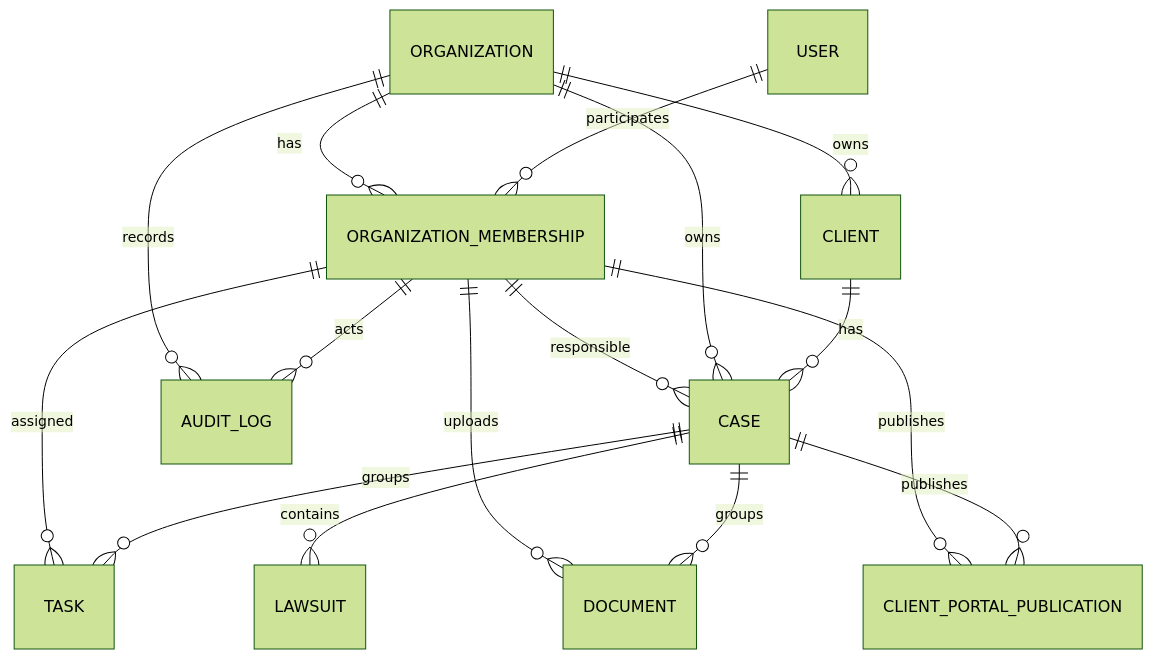
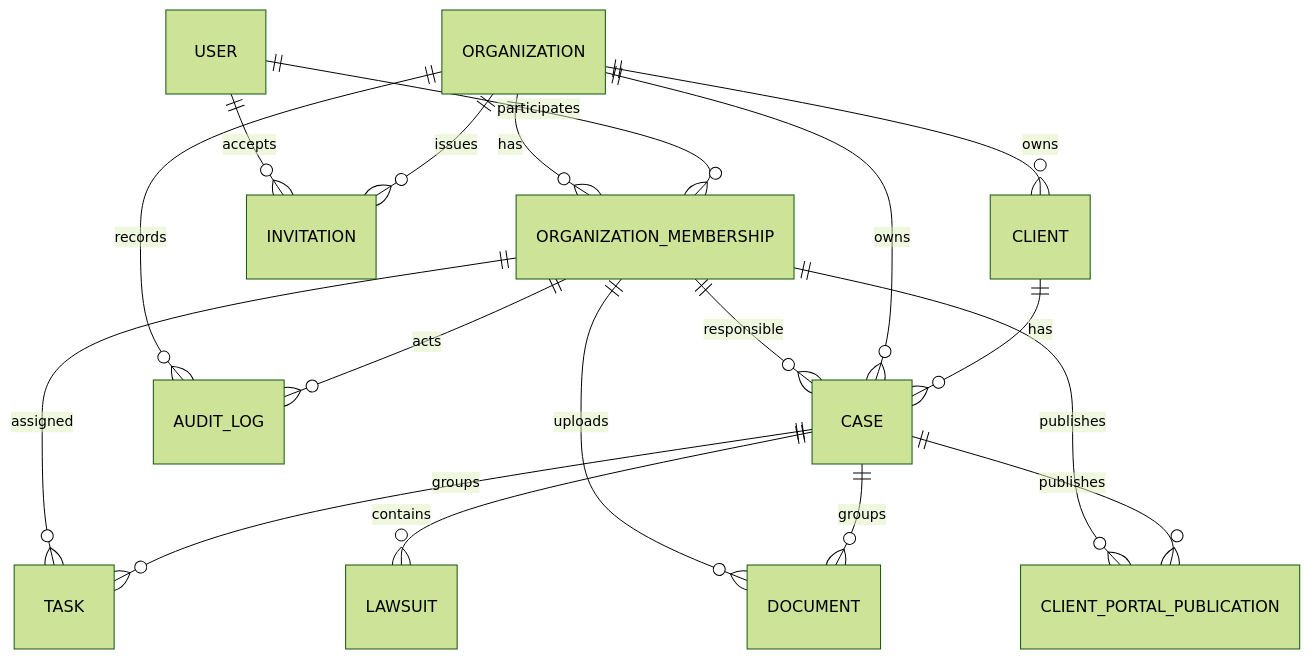
One commit to BielMar-01/saas-juridico changed the diagram in docs/tecnica/modelo-de-dados.md. Above: the diagram before and after it, drawn with Mermaid (forest theme). The commit also changed other lines of this file and 63 other files, not shown here.

````diff
--- a/docs/tecnica/modelo-de-dados.md
+++ b/docs/tecnica/modelo-de-dados.md
@@ -9,18 +9,20 @@
 ```mermaid
 erDiagram
   USER ||--o{ ORGANIZATION_MEMBERSHIP : participates
   ORGANIZATION ||--o{ ORGANIZATION_MEMBERSHIP : has
+  ORGANIZATION ||--o{ INVITATION : issues
+  USER ||--o{ INVITATION : accepts
   ORGANIZATION ||--o{ CLIENT : owns
   CLIENT ||--o{ CASE : has
   ORGANIZATION ||--o{ CASE : owns
   CASE ||--o{ LAWSUIT : contains
   CASE ||--o{ TASK : groups
   CASE ||--o{ DOCUMENT : groups
   CASE ||--o{ CLIENT_PORTAL_PUBLICATION : publishes
   ORGANIZATION_MEMBERSHIP ||--o{ CASE : responsible
   ORGANIZATION_MEMBERSHIP ||--o{ TASK : assigned
   ORGANIZATION_MEMBERSHIP ||--o{ DOCUMENT : uploads
   ORGANIZATION_MEMBERSHIP ||--o{ CLIENT_PORTAL_PUBLICATION : publishes
   ORGANIZATION_MEMBERSHIP ||--o{ AUDIT_LOG : acts
   ORGANIZATION ||--o{ AUDIT_LOG : records
 ```
````
